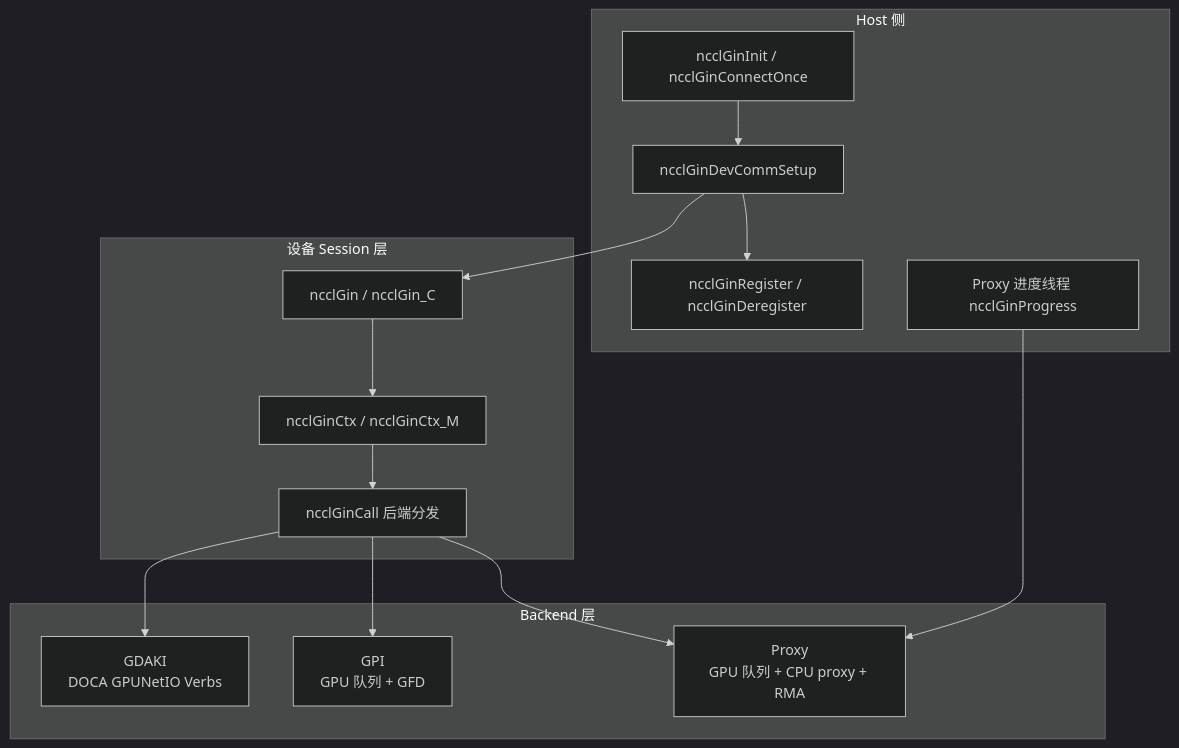
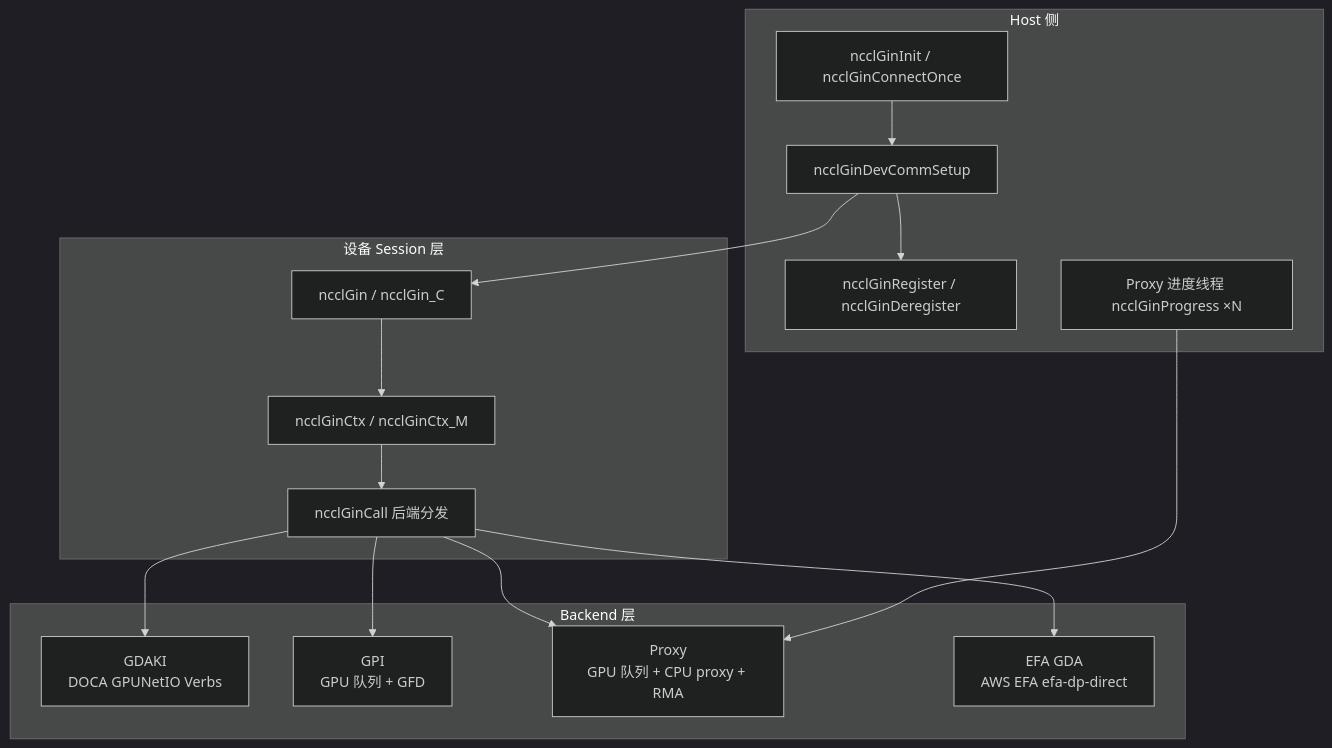
The first of 7 diagrams in notes/nccl_gin_internals.md (s0okiym/DeepEP), drawn with Mermaid (dark theme) before and after one commit. The commit also changed other lines of this file, not shown here.

Commit message:
docs(notes): 修订 nccl_gin_internals.md(对齐 NCCL 2.31.2:多后端/EFA GDA/stride 泛化)

````diff
--- a/notes/nccl_gin_internals.md
+++ b/notes/nccl_gin_internals.md
@@ -34,29 +34,31 @@
 ```mermaid
 flowchart TB
     subgraph Host["Host 侧"]
         A["ncclGinInit / ncclGinConnectOnce"]
         B["ncclGinDevCommSetup"]
         C["ncclGinRegister / ncclGinDeregister"]
-        D["Proxy 进度线程 ncclGinProgress"]
+        D["Proxy 进度线程 ncclGinProgress ×N"]
     end
 
     subgraph DeviceSession["设备 Session 层"]
         E["ncclGin / ncclGin_C"]
         F["ncclGinCtx / ncclGinCtx_M"]
         G["ncclGinCall<ApiFn> 后端分发"]
     end
 
     subgraph Backend["Backend 层"]
         H["GDAKI<br/>DOCA GPUNetIO Verbs"]
         I["GPI<br/>GPU 队列 + GFD"]
         J["Proxy<br/>GPU 队列 + CPU proxy + RMA"]
+        K["EFA GDA<br/>AWS EFA efa-dp-direct"]
     end
 
     A --> B --> C
     B --> E
     E --> F --> G
     G --> H
     G --> I
     G --> J
+    G --> K
     D --> J
 ```
````
